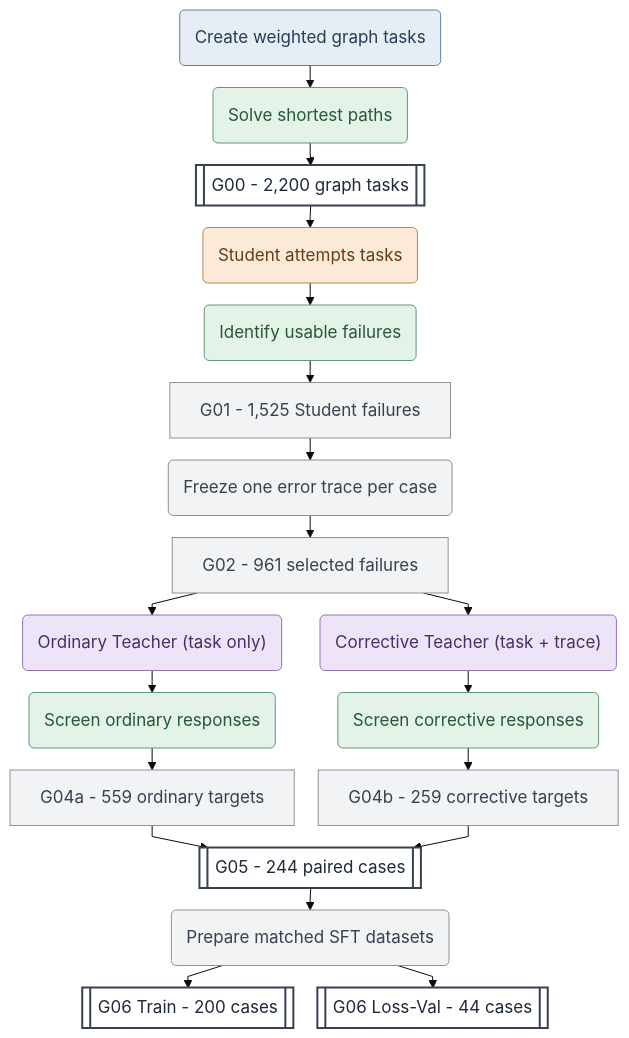
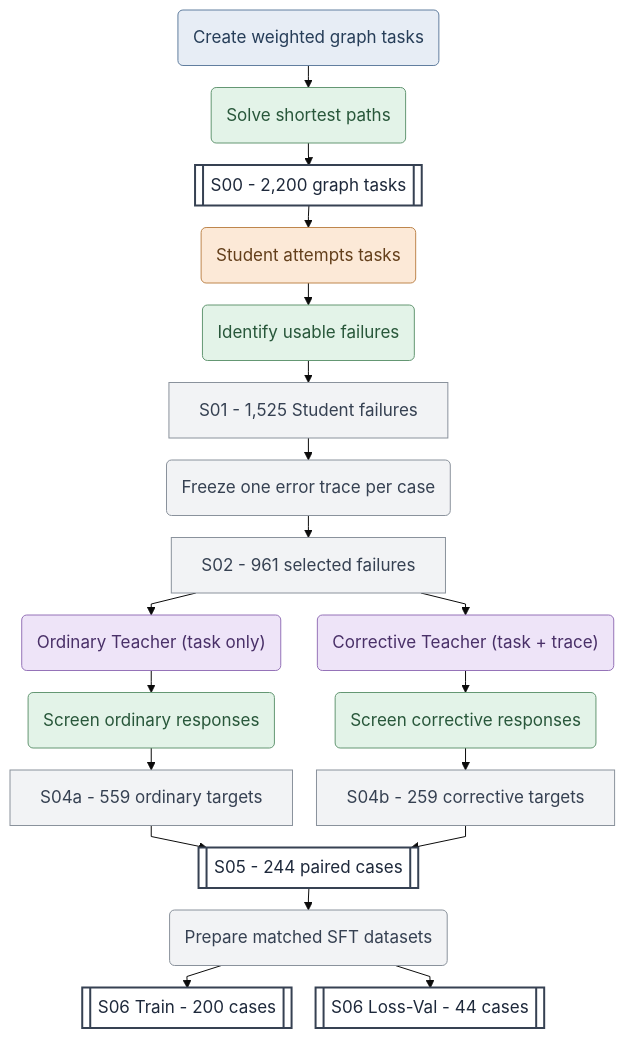
Before and after one commit to MinervaCyy/PathFACT: the first of 3 diagrams in README.md, drawn with Mermaid. The commit also changed other lines of this file and 9 other files, not shown here.

````diff
--- a/README.md
+++ b/README.md
@@ -52,49 +56,49 @@
 ```mermaid
 %%{init: {"theme": "base", "themeVariables": {"fontSize": "17px"}, "flowchart": {"htmlLabels": false, "curve": "linear", "nodeSpacing": 24, "rankSpacing": 22, "wrappingWidth": 500}}}%%
 flowchart TB
     GEN("Create weighted graph tasks")
     SOLVE("Solve shortest paths")
-    G00[["G00 - 2,200 graph tasks"]]
+    S00[["S00 - 2,200 graph tasks"]]
 
     STUDENT("Student attempts tasks")
     CHECK("Identify usable failures")
-    G01["G01 - 1,525 Student failures"]
+    S01["S01 - 1,525 Student failures"]
     TRACE("Freeze one error trace per case")
-    G02["G02 - 961 selected failures"]
+    S02["S02 - 961 selected failures"]
 
     ORDINARY("Ordinary Teacher (task only)")
     CORRECTIVE("Corrective Teacher (task + trace)")
     VERIFY_ORDINARY("Screen ordinary responses")
     VERIFY_CORRECTIVE("Screen corrective responses")
-    G04A["G04a - 559 ordinary targets"]
-    G04B["G04b - 259 corrective targets"]
+    S04a["S04a - 559 ordinary targets"]
+    S04b["S04b - 259 corrective targets"]
 
-    G05[["G05 - 244 paired cases"]]
+    S05[["S05 - 244 paired cases"]]
     FORMAT("Prepare matched SFT datasets")
-    TRAIN[["G06 Train - 200 cases"]]
-    VAL[["G06 Loss-Val - 44 cases"]]
+    TRAIN[["S06 Train - 200 cases"]]
+    VAL[["S06 Loss-Val - 44 cases"]]
 
-    GEN --> SOLVE --> G00
-    G00 --> STUDENT --> CHECK --> G01 --> TRACE --> G02
-    G02 --> ORDINARY --> VERIFY_ORDINARY --> G04A
-    G02 --> CORRECTIVE --> VERIFY_CORRECTIVE --> G04B
-    G04A --> G05
-    G04B --> G05
-    G05 --> FORMAT
+    GEN --> SOLVE --> S00
+    S00 --> STUDENT --> CHECK --> S01 --> TRACE --> S02
+    S02 --> ORDINARY --> VERIFY_ORDINARY --> S04a
+    S02 --> CORRECTIVE --> VERIFY_CORRECTIVE --> S04b
+    S04a --> S05
+    S04b --> S05
+    S05 --> FORMAT
     FORMAT --> TRAIN
     FORMAT --> VAL
 
     classDef generator fill:#E7EDF5,stroke:#617E9F,color:#263D58
     classDef student fill:#FCE9D7,stroke:#BE864D,color:#633F1B
     classDef teacher fill:#EEE4F8,stroke:#9573B8,color:#493068
     classDef verifier fill:#E3F3E8,stroke:#649773,color:#28573A
     classDef python fill:#F2F3F5,stroke:#8A929C,color:#364152
     classDef dataset fill:#FFFFFF,stroke:#364152,color:#1E293B,stroke-width:2px
 
     class GEN generator
     class STUDENT student
     class ORDINARY,CORRECTIVE teacher
     class SOLVE,CHECK,VERIFY_ORDINARY,VERIFY_CORRECTIVE verifier
-    class G01,TRACE,G02,G04A,G04B,FORMAT python
-    class G00,G05,TRAIN,VAL dataset
+    class S01,TRACE,S02,S04a,S04b,FORMAT python
+    class S00,S05,TRAIN,VAL dataset
 ```
````
